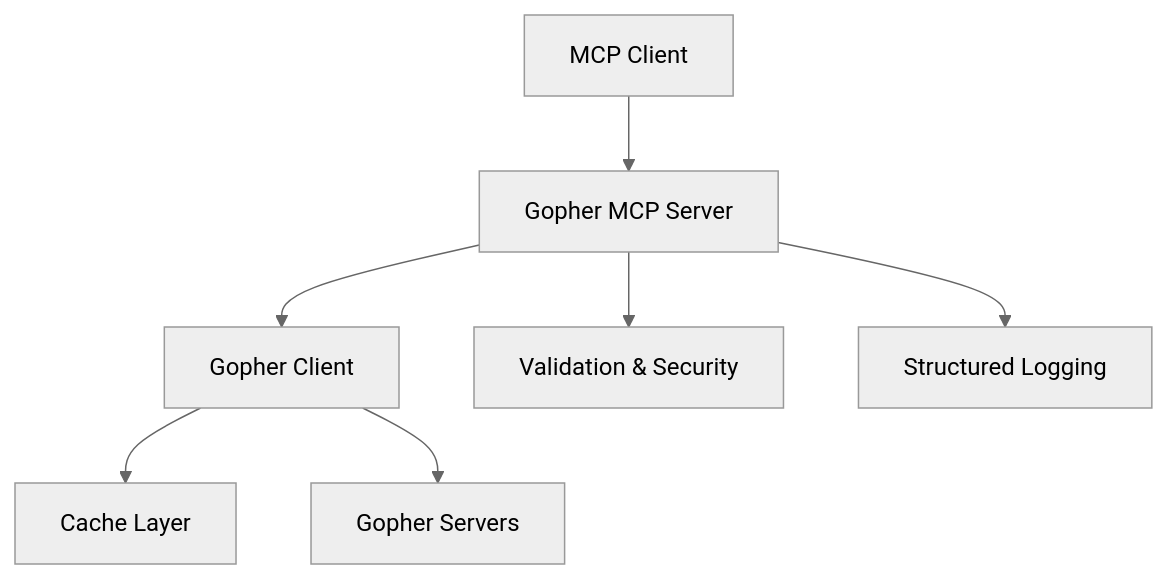
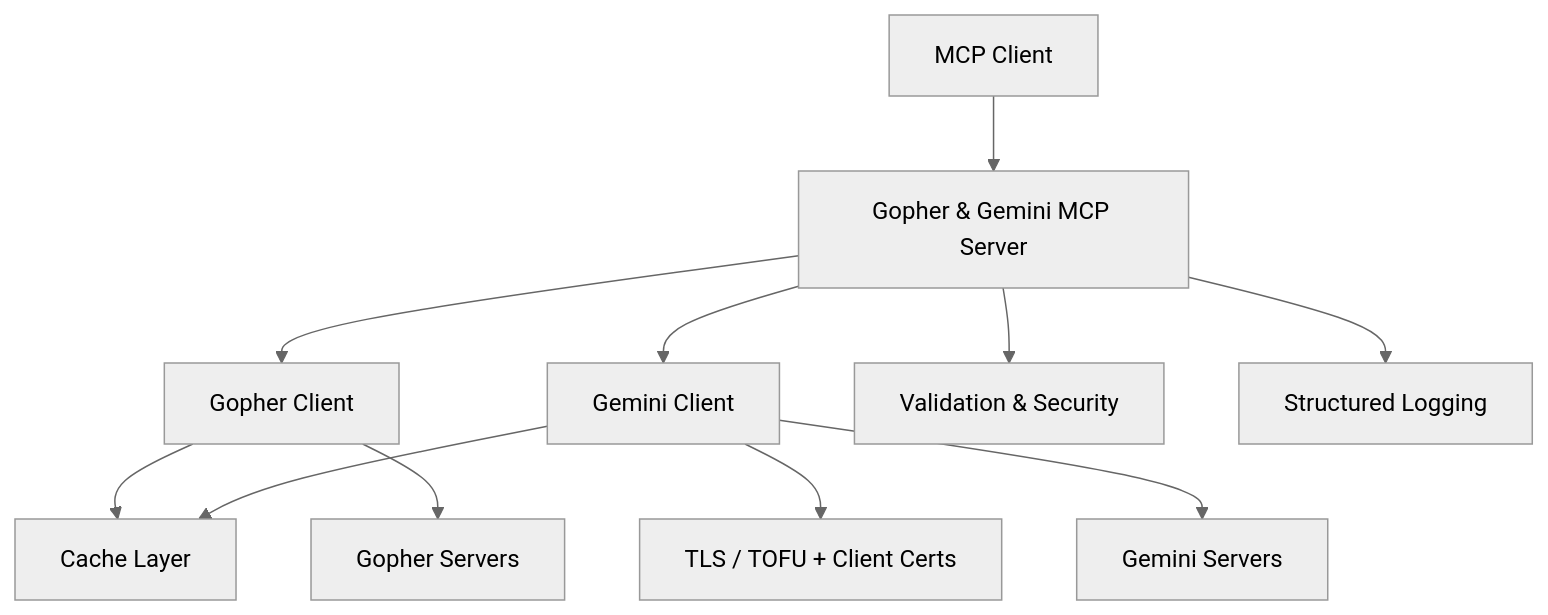
The diagram in docs/index.md (cameronrye/gopher-mcp), drawn with Mermaid (neutral theme) before and after one commit. The commit also changed other lines of this file and 42 other files, not shown here.

````diff
--- a/docs/index.md
+++ b/docs/index.md
@@ -71,9 +86,13 @@
 ```mermaid
 graph TB
-    A[MCP Client] --> B[Gopher MCP Server]
+    A[MCP Client] --> B[Gopher & Gemini MCP Server]
     B --> C[Gopher Client]
-    C --> D[Cache Layer]
-    C --> E[Gopher Servers]
-    B --> F[Validation & Security]
-    B --> G[Structured Logging]
+    B --> D[Gemini Client]
+    C --> E[Cache Layer]
+    D --> E
+    D --> F[TLS / TOFU + Client Certs]
+    C --> G[Gopher Servers]
+    D --> H[Gemini Servers]
+    B --> I[Validation & Security]
+    B --> J[Structured Logging]
 ```
````
